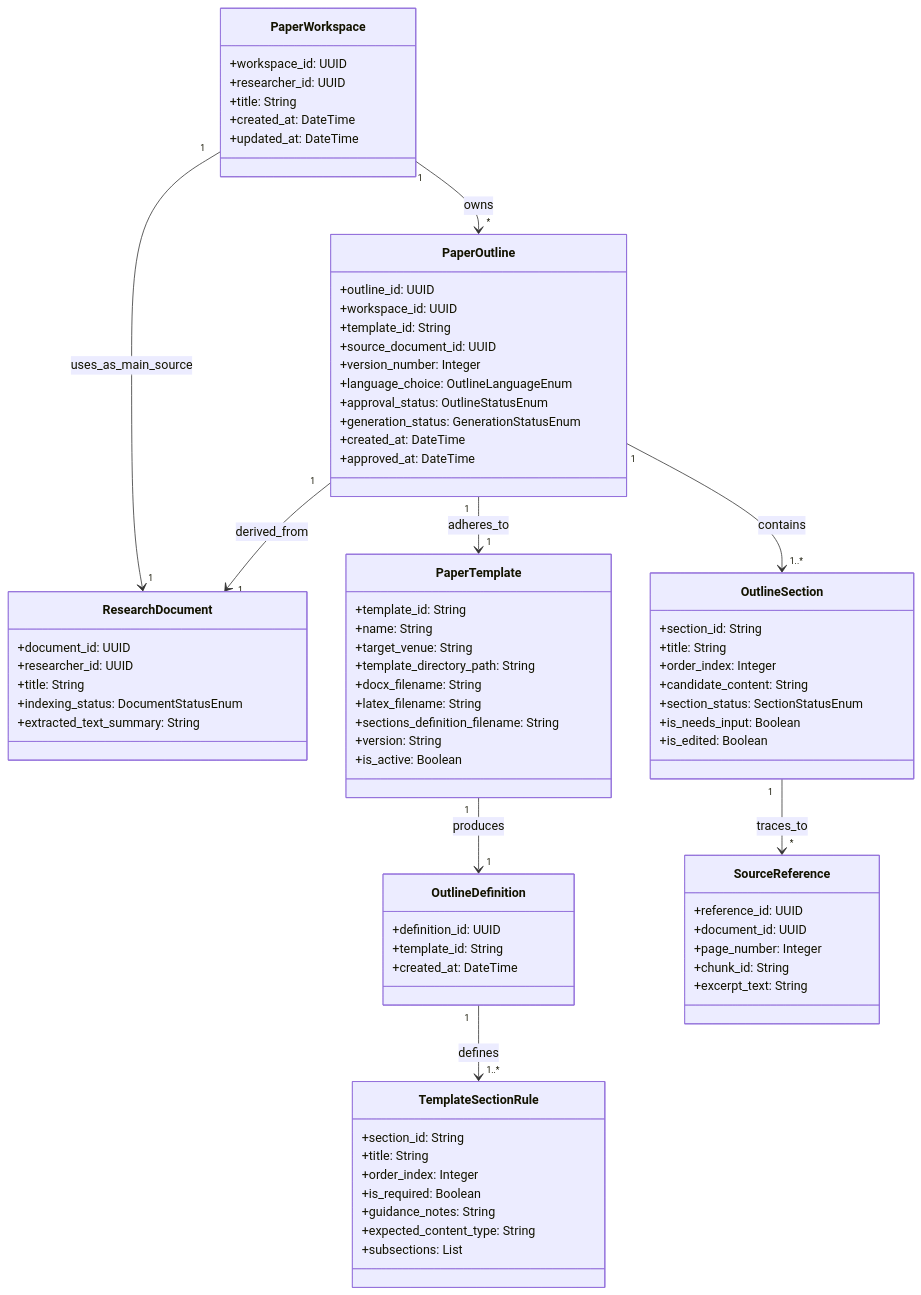
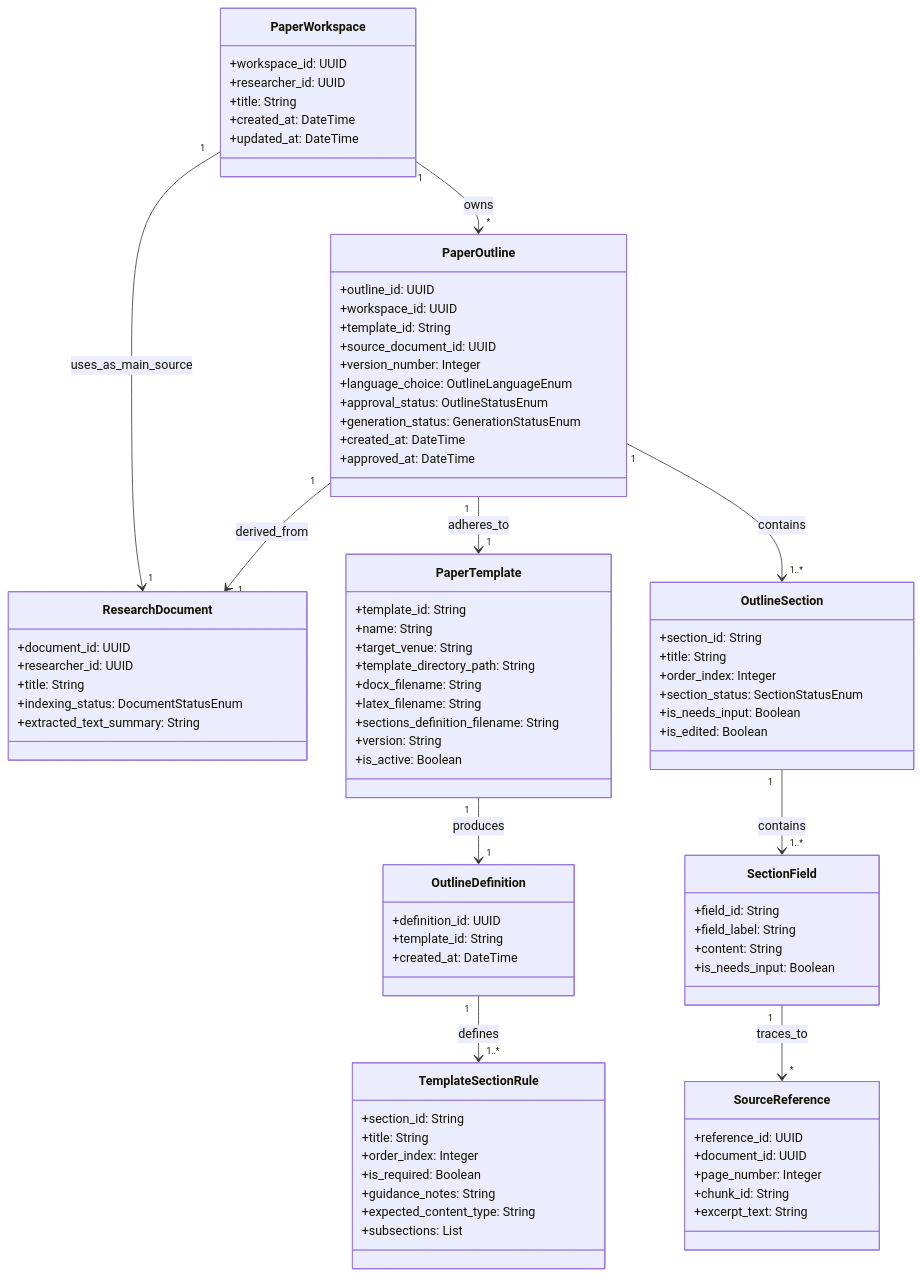
Before and after one commit to Gzaa19/Telaah: the third of 3 diagrams in specs/004-paper-outline-generation/spec.md, drawn with Mermaid. The commit also changed other lines of this file and 2 other files, not shown here.

Commit message:
docs(clarify): complete UC-04 outline generation clarifications, granularity, retrieval, and approval immutability

````diff
--- a/specs/004-paper-outline-generation/spec.md
+++ b/specs/004-paper-outline-generation/spec.md
@@ -331,10 +328,16 @@
         +section_id: String
         +title: String
         +order_index: Integer
-        +candidate_content: String
         +section_status: SectionStatusEnum
         +is_needs_input: Boolean
         +is_edited: Boolean
+    }
+
+    class SectionField {
+        +field_id: String
+        +field_label: String
+        +content: String
+        +is_needs_input: Boolean
     }
 
     class SourceReference {
@@ -352,5 +355,6 @@
     PaperTemplate "1" --> "1" OutlineDefinition : produces
     OutlineDefinition "1" --> "1..*" TemplateSectionRule : defines
     PaperOutline "1" --> "1..*" OutlineSection : contains
-    OutlineSection "1" --> "*" SourceReference : traces_to
+    OutlineSection "1" --> "1..*" SectionField : contains
+    SectionField "1" --> "*" SourceReference : traces_to
 ```
````
